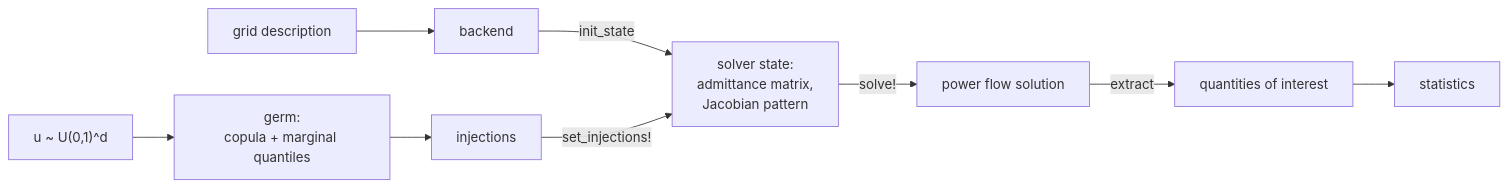
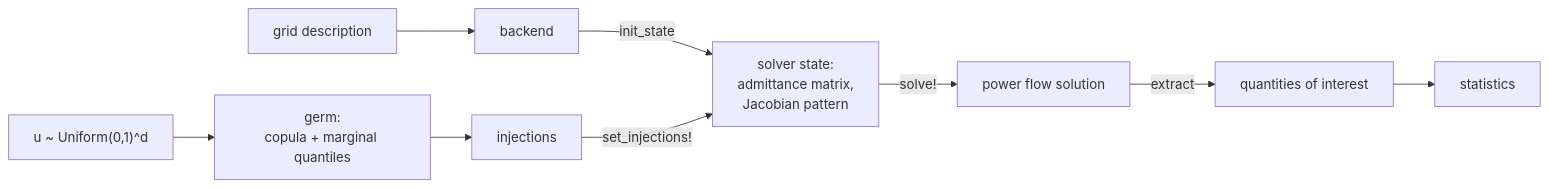
The diagram in README.md (langestefan/ProbabilisticPowerFlow.jl), drawn with Mermaid before and after one commit.

Commit message:
U -> Uniform

````diff
--- a/README.md
+++ b/README.md
@@ -24,11 +24,11 @@
 ```mermaid
 flowchart LR
-    U["u ~ U(0,1)^d"] --> G["germ:<br/>copula + marginal quantiles"]
+    U["u ~ Uniform(0,1)^d"] --> G["germ:<br/>copula + marginal quantiles"]
     G --> I["injections"]
     D["grid description"] --> B["backend"]
     B -->|"init_state"| ST["solver state:<br/>admittance matrix,<br/>Jacobian pattern"]
     I -->|"set_injections!"| ST
     ST -->|"solve!"| PF["power flow solution"]
     PF -->|"extract"| Q["quantities of interest"]
     Q --> S["statistics"]
 ```
````
